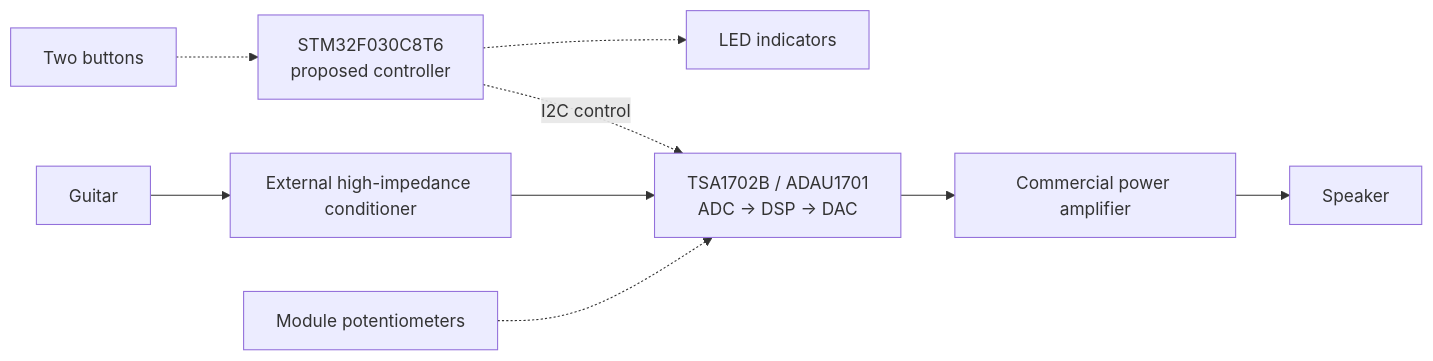
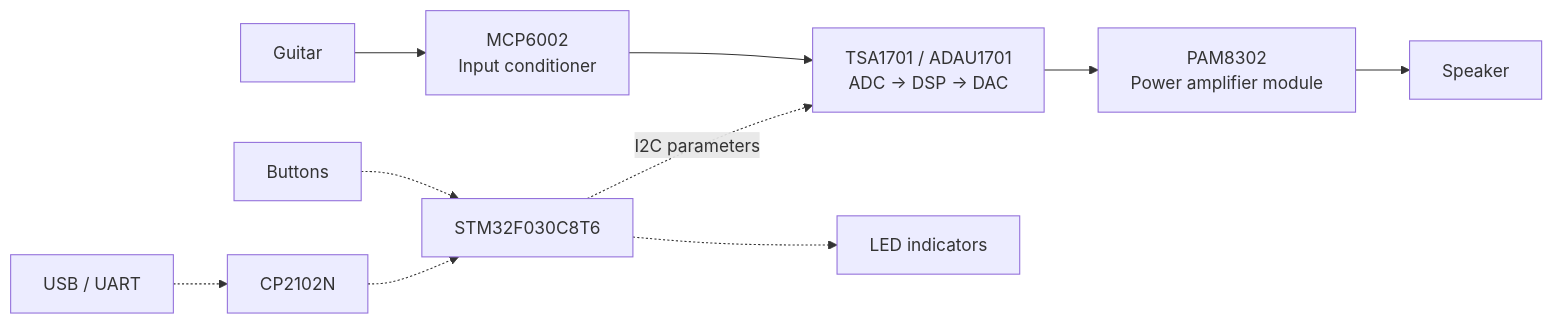
Before and after one commit to SlLeonn/MultiFx_Project: the diagram in README.md, drawn with Mermaid. The commit also changed other lines of this file and 57 other files, not shown here.

````diff
--- a/README.md
+++ b/README.md
@@ -11,11 +15,12 @@
 ```mermaid
 flowchart LR
-    Guitar[Guitar] --> Input[External high-impedance conditioner]
-    Input --> DSP[TSA1702B / ADAU1701<br/>ADC → DSP → DAC]
-    DSP --> Amp[Commercial power amplifier]
+    Guitar[Guitar] --> Input[MCP6002<br/>Input conditioner]
+    Input --> DSP[TSA1701 / ADAU1701<br/>ADC → DSP → DAC]
+    DSP --> Amp[PAM8302<br/>Power amplifier module]
     Amp --> Speaker[Speaker]
-    Buttons[Two buttons] -.-> MCU[STM32F030C8T6<br/>proposed controller]
-    MCU -. I2C control .-> DSP
+    Buttons[Buttons] -.-> MCU[STM32F030C8T6]
+    MCU -. I2C parameters .-> DSP
     MCU -.-> LEDs[LED indicators]
-    Pots[Module potentiometers] -.-> DSP
+    USB[USB / UART] -.-> Bridge[CP2102N]
+    Bridge -.-> MCU
 ```
````
